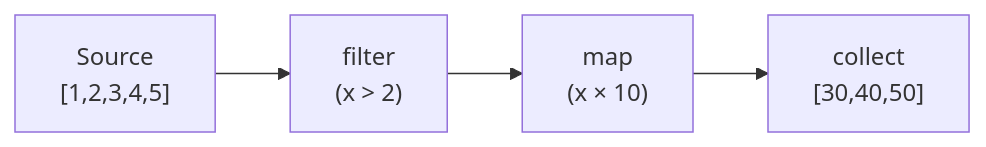
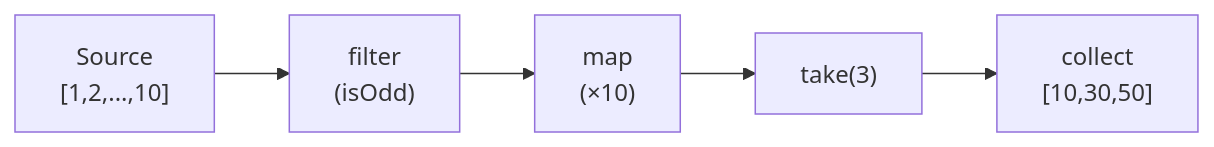
Before and after one commit to zzh0u/battle-tested-patterns: the diagram in docs/patterns/iterator/index.md, drawn with Mermaid. The commit also changed other lines of this file and 1 other file, not shown here.

Commit message:
fix: unify iterator pattern diagram with interactive component
The doc showed Source [1,2,3,4,5] with filter(x > 2) but the
interactive component uses [1..10] with filter(isOdd) + take(3).
Updated both EN and ZH diagrams to match the component pipeline.

````diff
--- a/docs/patterns/iterator/index.md
+++ b/docs/patterns/iterator/index.md
@@ -15,4 +15,4 @@
 ```mermaid
 flowchart LR
-    S["Source\n[1,2,3,4,5]"] --> F["filter\n(x > 2)"] --> M["map\n(x × 10)"] --> C["collect\n[30,40,50]"]
+    S["Source\n[1,2,...,10]"] --> F["filter\n(isOdd)"] --> M["map\n(×10)"] --> T["take(3)"] --> C["collect\n[10,30,50]"]
 ```
````
